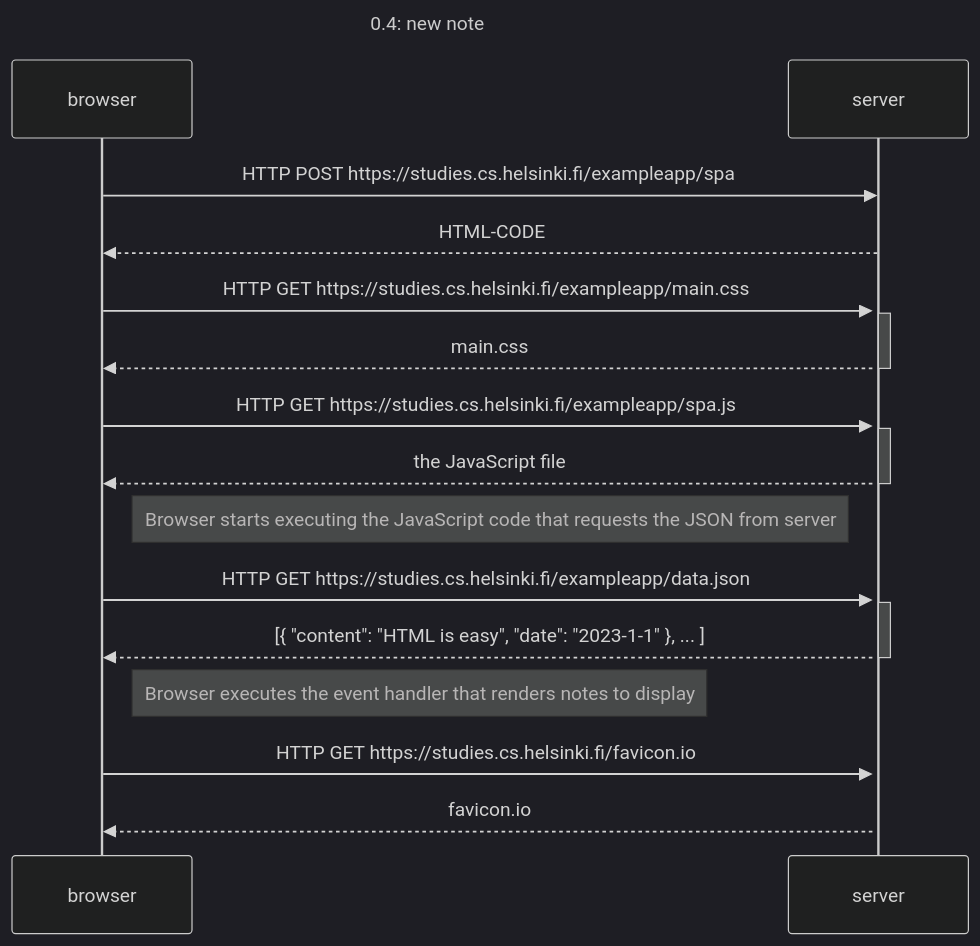
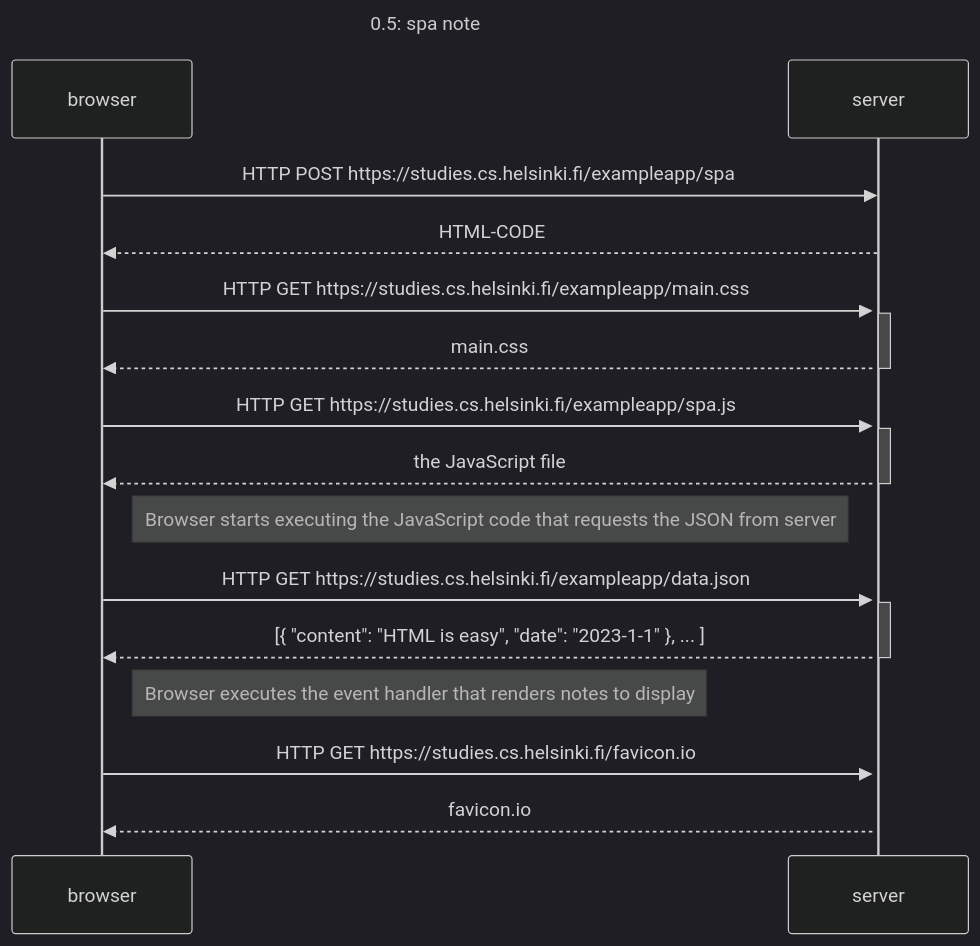
One commit to Leagian/Full-Stack-Open-Exercises changed the diagram in part0/0.5.md. Above: the diagram before and after it, drawn with Mermaid (dark theme). The commit also changed other lines of this file and 1 other file, not shown here.

Commit message:
part0 06.md

````diff
--- a/part0/0.5.md
+++ b/part0/0.5.md
@@ -3,31 +3,31 @@
 ```mermaid
 sequenceDiagram
-    Title: 0.4: new note
+    Title: 0.5: spa note
 
     browser->>server: HTTP POST https://studies.cs.helsinki.fi/exampleapp/spa
 
     server-->>browser: HTML-CODE
     activate server
     browser->>server: HTTP GET https://studies.cs.helsinki.fi/exampleapp/main.css
     activate server
     server-->>browser: main.css
     deactivate server
 
     browser->>server: HTTP GET https://studies.cs.helsinki.fi/exampleapp/spa.js
     activate server
     server-->>browser: the JavaScript file
     deactivate server
 
     Note right of browser: Browser starts executing the JavaScript code that requests the JSON from server
 
     browser->>server: HTTP GET https://studies.cs.helsinki.fi/exampleapp/data.json
     activate server
     server-->>browser: [{ "content": "HTML is easy", "date": "2023-1-1" }, ... ]
     deactivate server
 
     Note right of browser: Browser executes the event handler that renders notes to display
 
     browser->>server: HTTP GET https://studies.cs.helsinki.fi/favicon.io
     activate server
     server-->>browser: favicon.io
 ```
````
